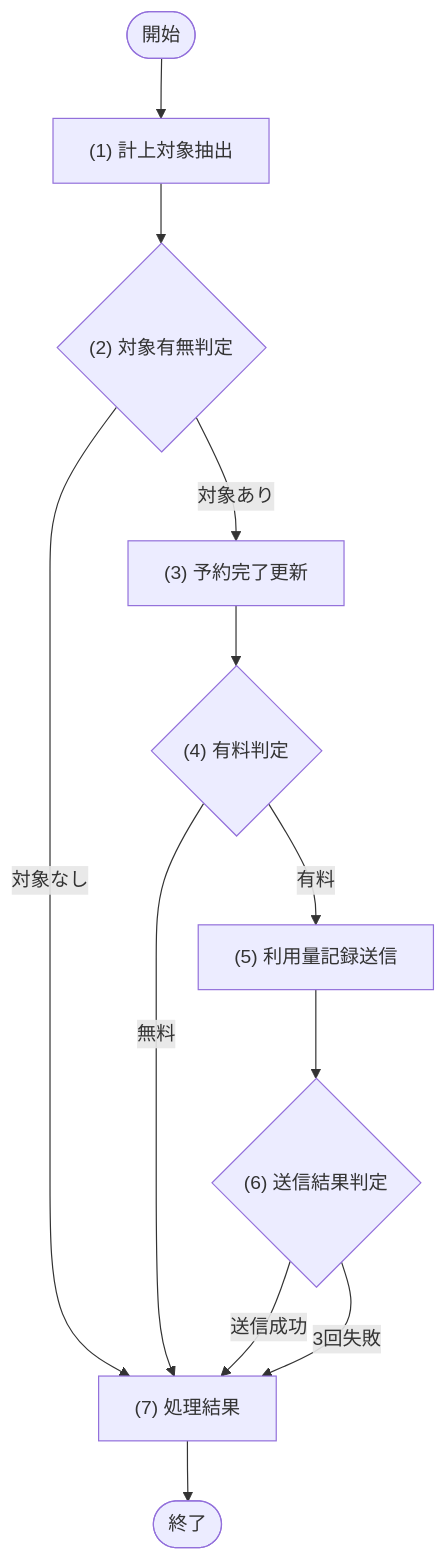
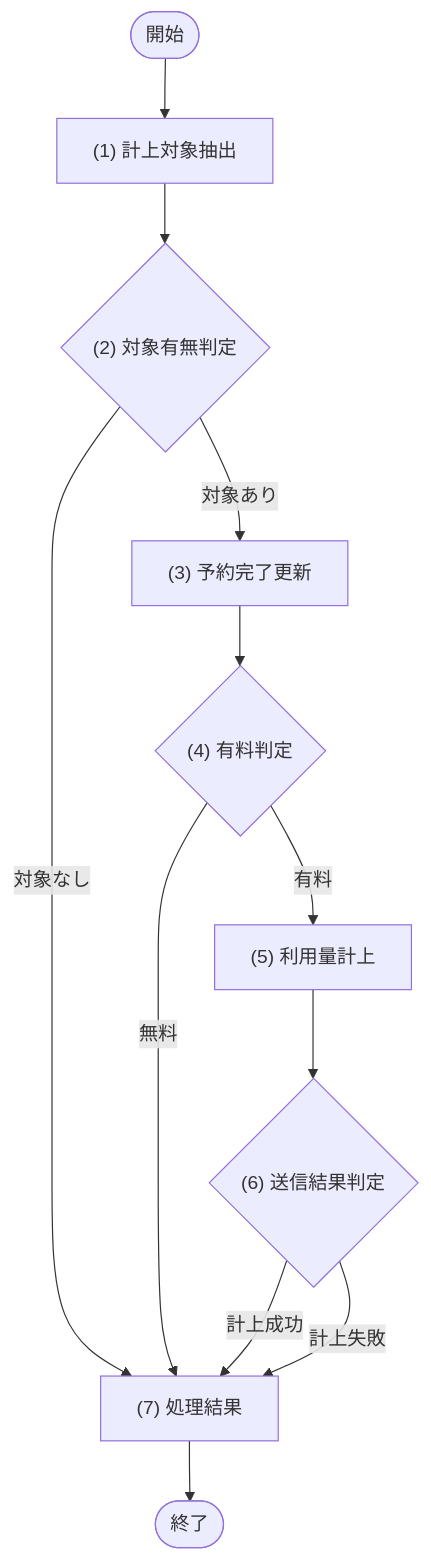
One commit to sikakou54/system-document-template changed the diagram in docs/03_機能設計/04_JOB設計/JOB-002_利用量の従量課金計上.md. Above: the diagram before and after it, drawn with Mermaid. The commit also changed other lines of this file and 38 other files, not shown here.

````diff
--- a/docs/03_機能設計/04_JOB設計/JOB-002_利用量の従量課金計上.md
+++ b/docs/03_機能設計/04_JOB設計/JOB-002_利用量の従量課金計上.md
@@ -33,20 +33,20 @@
 ```mermaid
 flowchart TD
   Start([開始])
   P1["(1) 計上対象抽出"]
   D1{"(2) 対象有無判定"}
   P2["(3) 予約完了更新"]
   D2{"(4) 有料判定"}
-  P3["(5) 利用量記録送信"]
+  P3["(5) 利用量計上"]
   D3{"(6) 送信結果判定"}
   P4["(7) 処理結果"]
   End([終了])
 
   Start --> P1 --> D1
   D1 -- "対象なし" --> P4 --> End
   D1 -- "対象あり" --> P2 --> D2
   D2 -- "無料" --> P4
   D2 -- "有料" --> P3 --> D3
-  D3 -- "送信成功" --> P4
-  D3 -- "3回失敗" --> P4
+  D3 -- "計上成功" --> P4
+  D3 -- "計上失敗" --> P4
 ```
````
